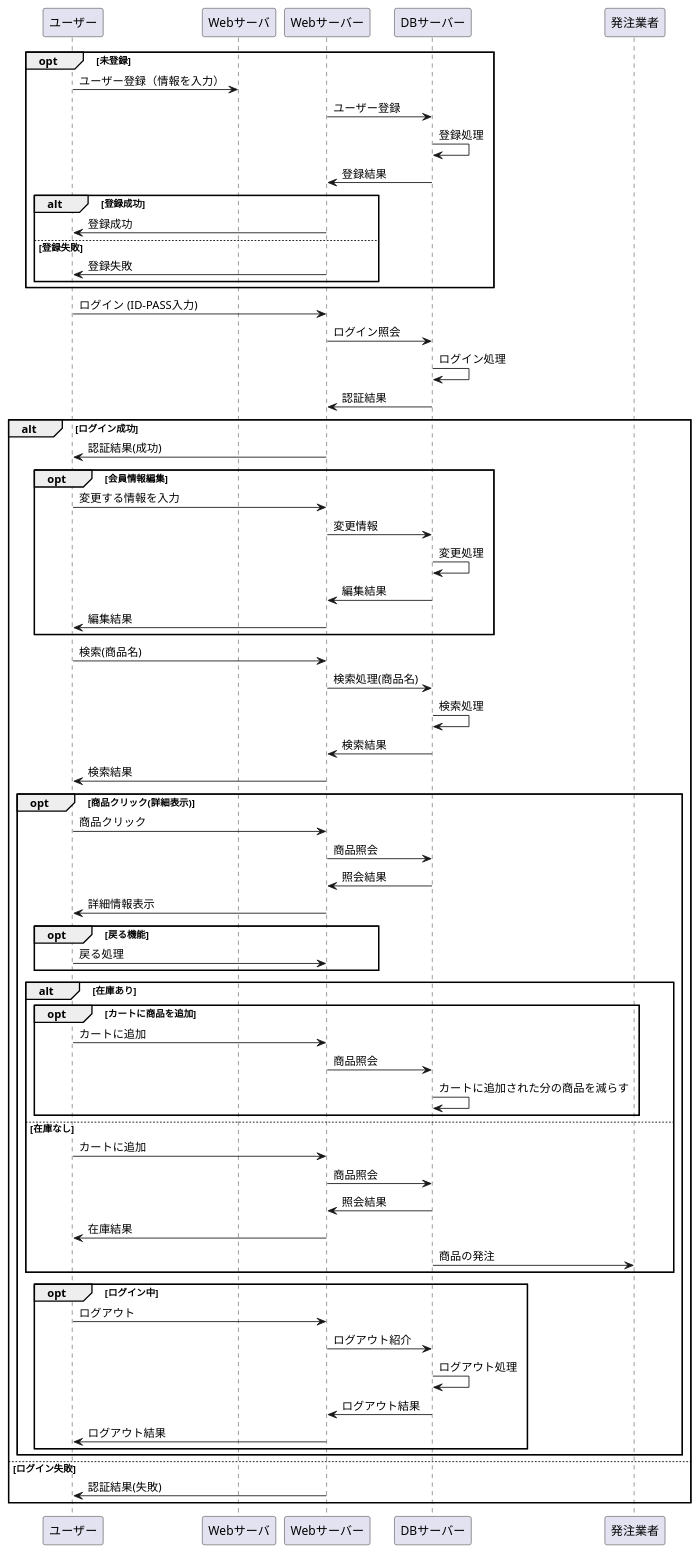
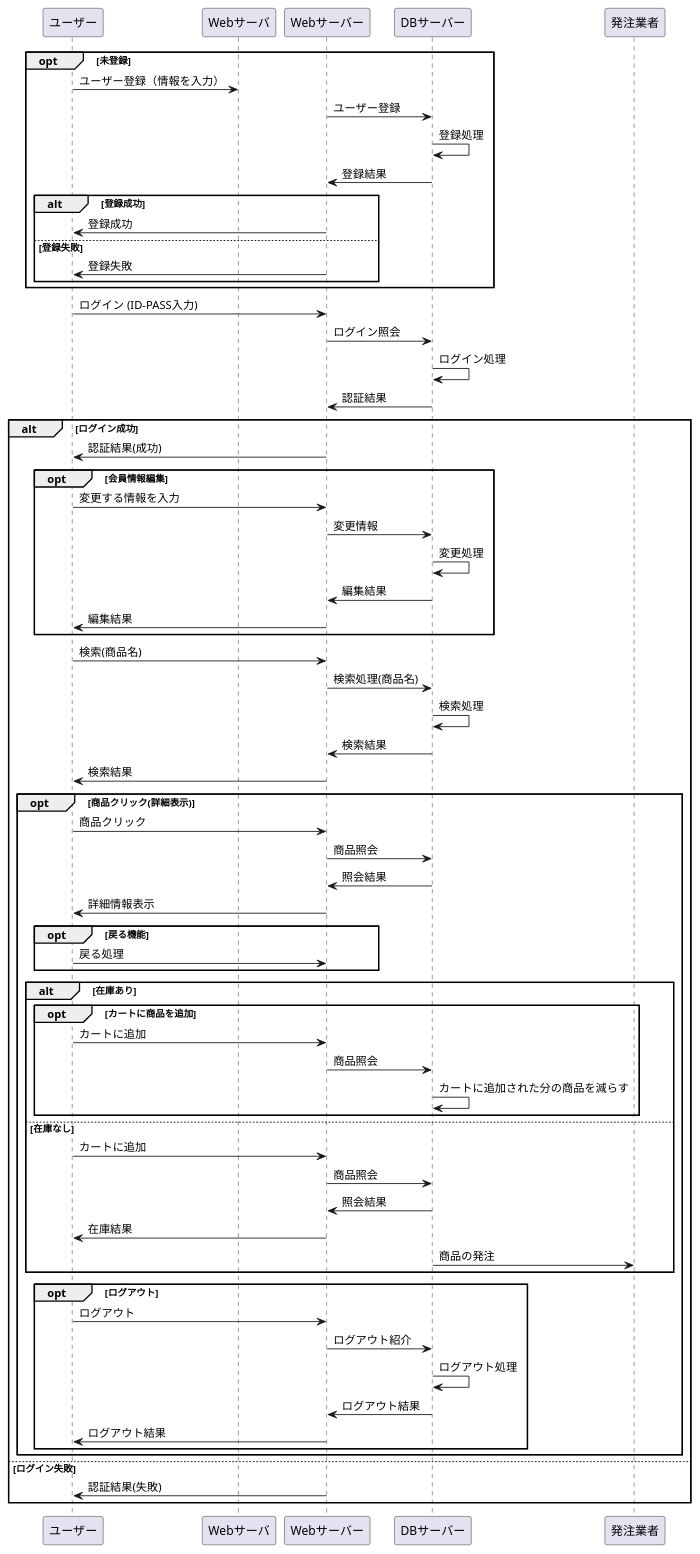
Before and after one commit to Aso2001001/2021sys-design: the diagram in src/md/02業務フロー.md, drawn with PlantUML.

````diff
--- a/src/md/02業務フロー.md
+++ b/src/md/02業務フロー.md
@@ -1,77 +1,77 @@
 ```uml
 @startuml
 opt 未登録
 ユーザー -> Webサーバ : ユーザー登録（情報を入力）
 Webサーバー -> DBサーバー : ユーザー登録
 DBサーバー -> DBサーバー : 登録処理
 DBサーバー -> Webサーバー : 登録結果
 
 alt 登録成功
 Webサーバー -> ユーザー : 登録成功
 else 登録失敗
 Webサーバー -> ユーザー : 登録失敗
 end
 end
 
 ユーザー -> Webサーバー : ログイン (ID-PASS入力)
 Webサーバー -> DBサーバー : ログイン照会
 DBサーバー -> DBサーバー : ログイン処理
 DBサーバー -> Webサーバー : 認証結果
 
 alt ログイン成功
 Webサーバー -> ユーザー : 認証結果(成功)
 
 opt 会員情報編集
 ユーザー -> Webサーバー : 変更する情報を入力
 Webサーバー -> DBサーバー : 変更情報
 DBサーバー -> DBサーバー : 変更処理
 DBサーバー -> Webサーバー : 編集結果
 Webサーバー -> ユーザー : 編集結果
 end
 
 ユーザー -> Webサーバー : 検索(商品名)
 Webサーバー -> DBサーバー : 検索処理(商品名)
 DBサーバー -> DBサーバー : 検索処理
 DBサーバー -> Webサーバー : 検索結果
 Webサーバー -> ユーザー : 検索結果
 
 opt 商品クリック(詳細表示)
 ユーザー -> Webサーバー : 商品クリック
 Webサーバー -> DBサーバー : 商品照会
 DBサーバー -> Webサーバー : 照会結果
 Webサーバー -> ユーザー : 詳細情報表示
 
 opt 戻る機能
 ユーザー -> Webサーバー : 戻る処理
 end
 
 alt 在庫あり
 opt カートに商品を追加
 ユーザー -> Webサーバー : カートに追加
 Webサーバー -> DBサーバー : 商品照会
 DBサーバー -> DBサーバー : カートに追加された分の商品を減らす
 end
 
 else 在庫なし
 ユーザー -> Webサーバー : カートに追加
 Webサーバー -> DBサーバー : 商品照会
 DBサーバー -> Webサーバー : 照会結果
 Webサーバー -> ユーザー : 在庫結果
 DBサーバー -> 発注業者 : 商品の発注
 end
 
-opt ログイン中
+opt ログアウト
 ユーザー -> Webサーバー :ログアウト
 Webサーバー -> DBサーバー : ログアウト紹介
 DBサーバー -> DBサーバー : ログアウト処理
 DBサーバー -> Webサーバー : ログアウト結果
 Webサーバー -> ユーザー : ログアウト結果
 end
 end
 
 else ログイン失敗
 Webサーバー -> ユーザー : 認証結果(失敗)
 end
 
 @enduml
 ```
````
